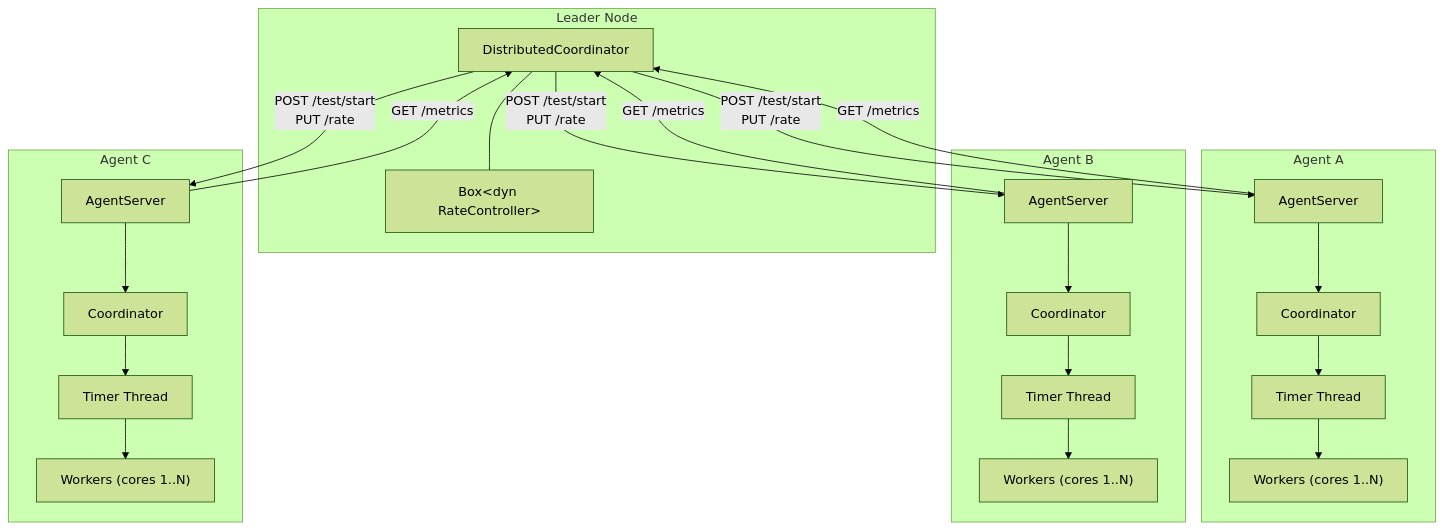
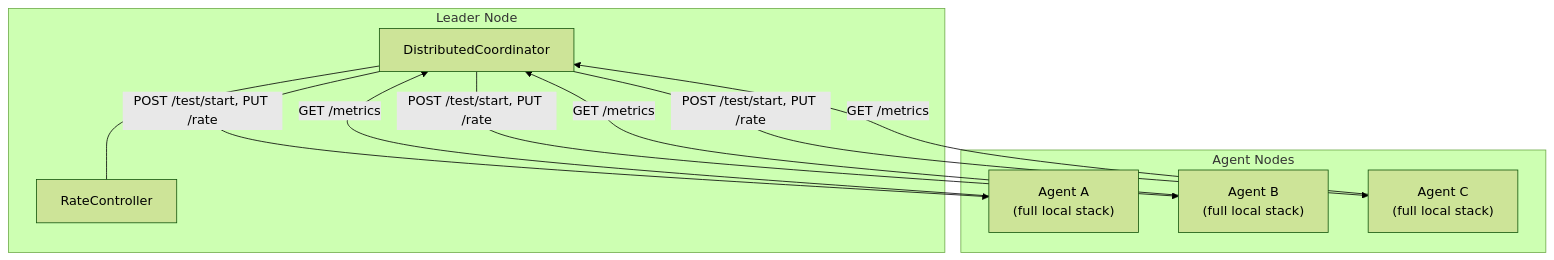
The second of 2 diagrams in docs/architecture.md (mtottenh/netanvil-rs), drawn with Mermaid (forest theme) before and after one commit. The commit also changed other lines of this file and 1 other file, not shown here.

````diff
--- a/docs/architecture.md
+++ b/docs/architecture.md
@@ -1225,39 +220,21 @@
 ```mermaid
 graph TB
     subgraph leader["Leader Node"]
         DC["DistributedCoordinator"]
-        DRC["Box&lt;dyn RateController&gt;"]
+        DRC["RateController"]
         DC --- DRC
     end
 
-    subgraph agentA["Agent A"]
-        AS_A["AgentServer"]
-        C_A["Coordinator"]
-        TT_A["Timer Thread"]
-        W_A["Workers (cores 1..N)"]
-        AS_A --> C_A --> TT_A --> W_A
+    subgraph agents["Agent Nodes"]
+        A["Agent A<br/>(full local stack)"]
+        B["Agent B<br/>(full local stack)"]
+        C["Agent C<br/>(full local stack)"]
     end
 
-    subgraph agentB["Agent B"]
-        AS_B["AgentServer"]
-        C_B["Coordinator"]
-        TT_B["Timer Thread"]
-        W_B["Workers (cores 1..N)"]
-        AS_B --> C_B --> TT_B --> W_B
-    end
-
-    subgraph agentC["Agent C"]
-        AS_C["AgentServer"]
-        C_C["Coordinator"]
-        TT_C["Timer Thread"]
-        W_C["Workers (cores 1..N)"]
-        AS_C --> C_C --> TT_C --> W_C
-    end
-
-    DC -- "POST /test/start<br/>PUT /rate" --> AS_A
-    DC -- "POST /test/start<br/>PUT /rate" --> AS_B
-    DC -- "POST /test/start<br/>PUT /rate" --> AS_C
-    AS_A -- "GET /metrics" --> DC
-    AS_B -- "GET /metrics" --> DC
-    AS_C -- "GET /metrics" --> DC
+    DC -- "POST /test/start, PUT /rate" --> A
+    DC -- "POST /test/start, PUT /rate" --> B
+    DC -- "POST /test/start, PUT /rate" --> C
+    A -- "GET /metrics" --> DC
+    B -- "GET /metrics" --> DC
+    C -- "GET /metrics" --> DC
 ```
````
